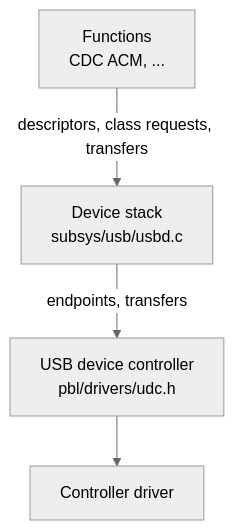
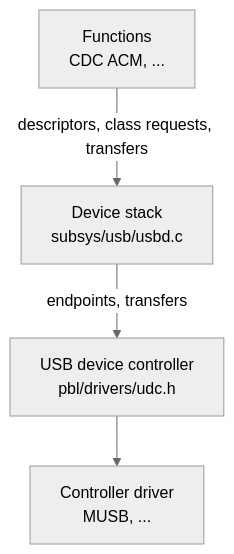
The diagram in docs/subsystems/usb.md (coredevices/PebbleOS), drawn with Mermaid (neutral theme) before and after one commit. The commit also changed other lines of this file and 5 other files, not shown here.

First line of the commit message:
drivers/udc: add the MUSB controller

````diff
--- a/docs/subsystems/usb.md
+++ b/docs/subsystems/usb.md
@@ -7,10 +7,10 @@
 ```{mermaid}
 flowchart TD
   fn["Functions<br/>CDC ACM, ..."]
   usbd["Device stack<br/>subsys/usb/usbd.c"]
   udc["USB device controller<br/>pbl/drivers/udc.h"]
-  drv["Controller driver"]
+  drv["Controller driver<br/>MUSB, ..."]
   fn -- "descriptors, class requests, transfers" --> usbd
   usbd -- "endpoints, transfers" --> udc
   udc --> drv
 ```
````
